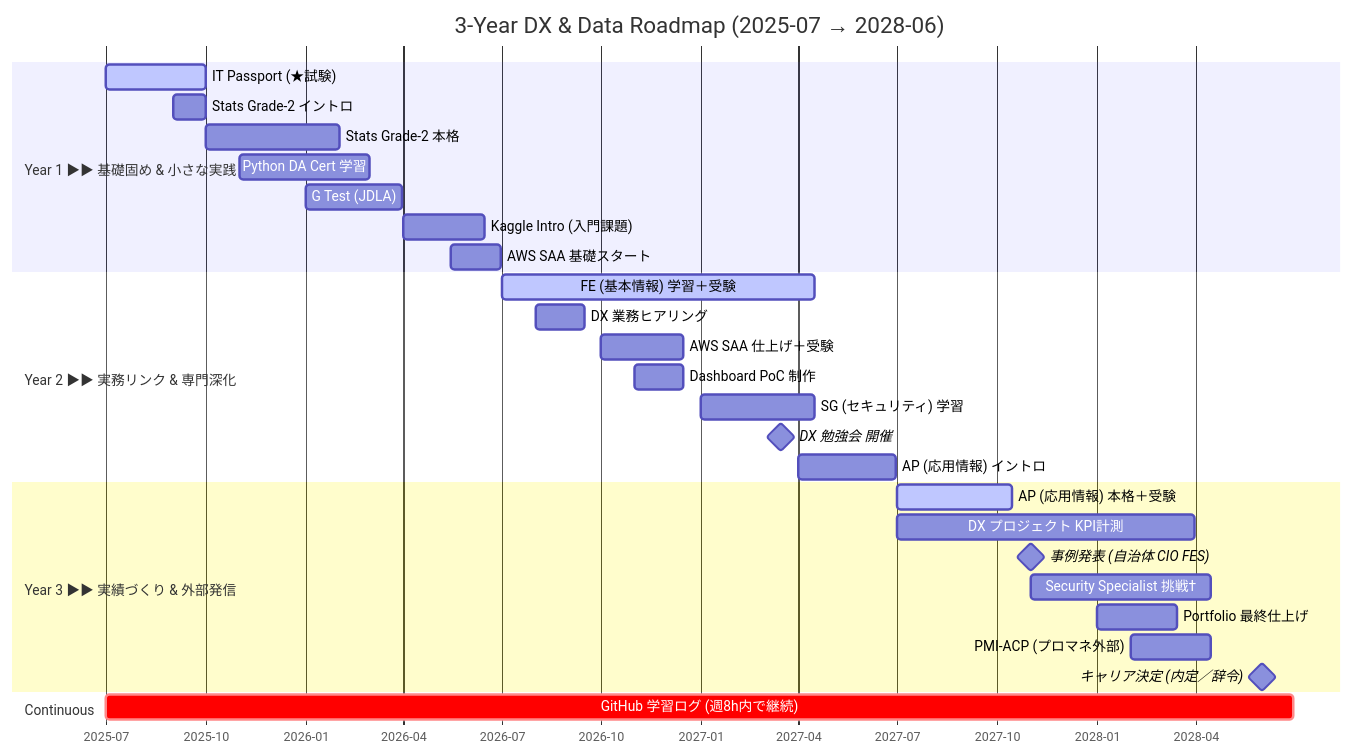
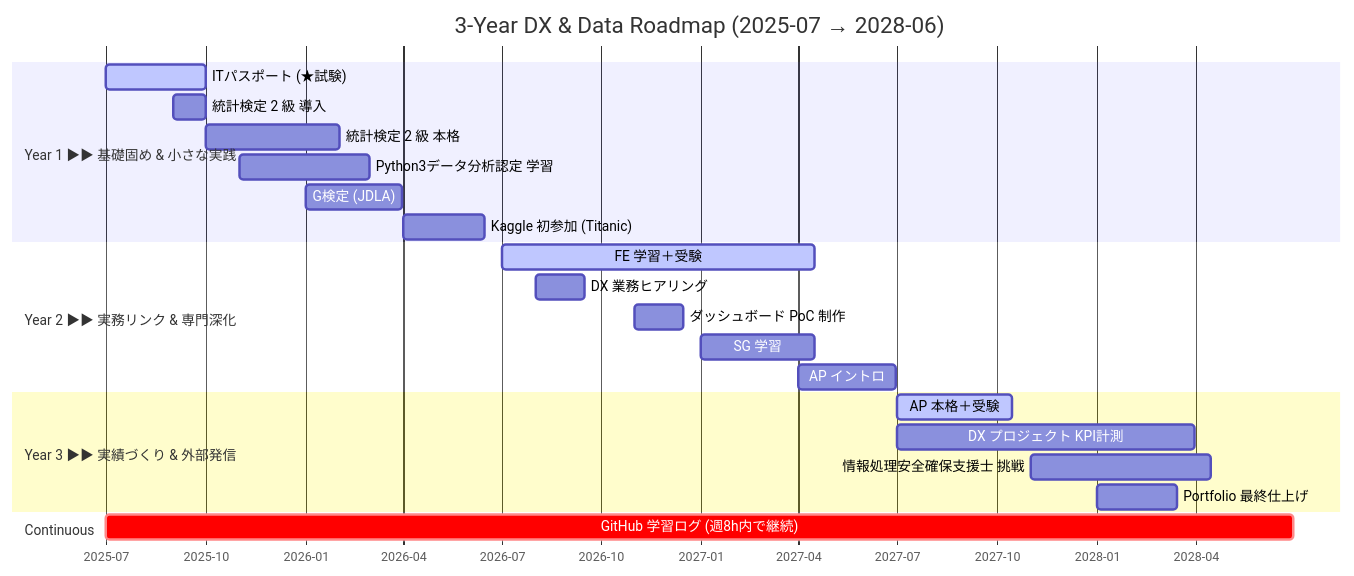
The diagram in README.md (uruc-0start/-), drawn with Mermaid before and after one commit.

````diff
--- a/README.md
+++ b/README.md
@@ -1,40 +1,34 @@
 ```mermaid
 gantt
   title 3-Year DX & Data Roadmap (2025-07 → 2028-06)
   dateFormat  YYYY-MM-DD
   axisFormat  %Y-%m
 
   %% ──────────────── Year 1 ─────────────────
   section Year 1  ▶▶ 基礎固め & 小さな実践
-  IT Passport (★試験)         :active,  itp,       2025-07-01, 2025-10-01
-  Stats Grade-2 イントロ       :           stat0,    2025-09-01, 30d
-  Stats Grade-2 本格　　　     :           stat1,    2025-10-01, 2026-02-01
-  Python DA Cert 学習          :           pydac,    2025-11-01, 2026-03-01
-  G Test (JDLA)               :           gtest,    2026-01-01, 2026-03-31
-  Kaggle Intro (入門課題)      :           kaggle,   2026-04-01, 2026-06-15
-  AWS SAA 基礎スタート         :           aws0,     2026-05-15, 2026-06-30
+  ITパスポート (★試験)         :active,  itp,       2025-07-01, 2025-10-01
+  統計検定 2 級 導入　       :           stat0,    2025-09-01, 30d
+  統計検定 2 級 本格　　     :           stat1,    2025-10-01, 2026-02-01
+  Python3データ分析認定 学習          :           pydac,    2025-11-01, 2026-03-01
+  G検定 (JDLA)               :           gtest,    2026-01-01, 2026-03-31
+  Kaggle 初参加 (Titanic)      :           kaggle,   2026-04-01, 2026-06-15
 
   %% ──────────────── Year 2 ─────────────────
   section Year 2  ▶▶ 実務リンク & 専門深化
-  FE (基本情報) 学習＋受験     :active,  fe,        2026-07-01, 2027-04-15
+  FE 学習＋受験     :active,  fe,        2026-07-01, 2027-04-15
   DX 業務ヒアリング              :           dxhear,  2026-08-01, 45d
-  AWS SAA 仕上げ＋受験         :           aws1,     2026-10-01, 2026-12-15
-  Dashboard PoC 制作          :           poc,      2026-11-01, 45d
-  SG (セキュリティ) 学習       :           sg,       2027-01-01, 2027-04-15
-  DX 勉強会 開催              :milestone,study,     2027-03-15, 0d
-  AP (応用情報) イントロ        :           ap0,      2027-04-01, 2027-06-30
+  ダッシュボード PoC  制作          :           poc,      2026-11-01, 45d
+  SG 学習       :           sg,       2027-01-01, 2027-04-15
+  AP イントロ        :           ap0,      2027-04-01, 2027-06-30
 
   %% ──────────────── Year 3 ─────────────────
   section Year 3  ▶▶ 実績づくり & 外部発信
-  AP (応用情報) 本格＋受験     :active,  ap1,       2027-07-01, 2027-10-15
+  AP 本格＋受験     :active,  ap1,       2027-07-01, 2027-10-15
   DX プロジェクト KPI計測     :           kpi,      2027-07-01, 2028-03-31
-  事例発表 (自治体 CIO FES)   :milestone,case,     2027-11-01, 0d
-  Security Specialist 挑戦†   :           secsp,    2027-11-01, 2028-04-15
+  情報処理安全確保支援士 挑戦   :           secsp,    2027-11-01, 2028-04-15
   Portfolio 最終仕上げ        :           port,     2028-01-01, 2028-03-15
-  PMI-ACP (プロマネ外部)       :           pmi,      2028-02-01, 2028-04-15
-  キャリア決定 (内定／辞令)   :milestone,career,   2028-06-01, 0d
 
   %% ──────────────── Continuous lane ───────
   section Continuous
   GitHub 学習ログ (週8h内で継続) :crit,    ghlog,    2025-07-01, 2028-06-30
 ```
````
